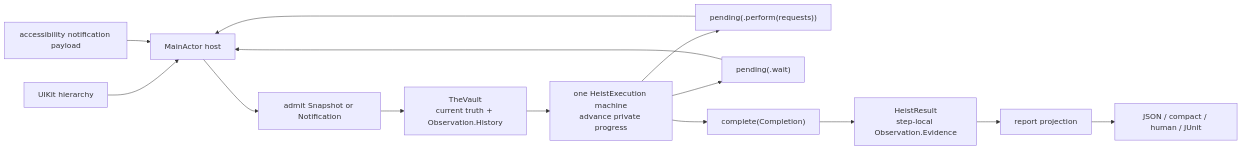
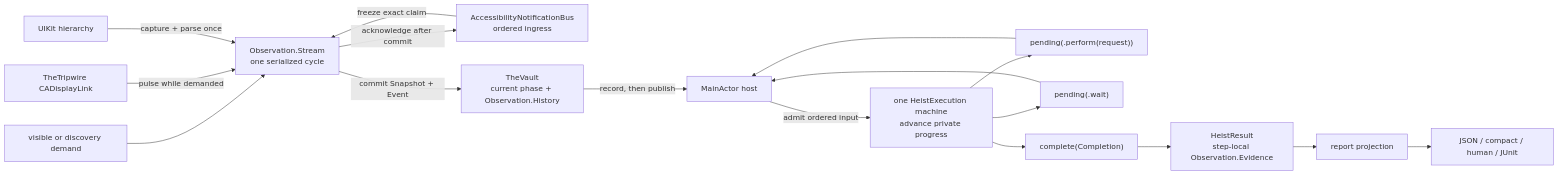
One commit to RoyalPineapple/TheButtonHeist changed the diagram in docs/diagrams/observation-pipeline.md. Above: the diagram before and after it, drawn with Mermaid. The commit also changed other lines of this file and 426 other files, not shown here.

First line of the commit message:
Unify pulse-driven observation and algebraic heist execution (#1407)

````diff
--- a/docs/diagrams/observation-pipeline.md
+++ b/docs/diagrams/observation-pipeline.md
@@ -9,16 +9,19 @@
 ```mermaid
 flowchart LR
-    UIKit["UIKit hierarchy"] --> Host["MainActor host"]
-    Notice["accessibility notification payload"] --> Host
-    Host --> Admit["admit Snapshot or Notification"]
-    Admit --> Vault["TheVault<br/>current truth + Observation.History"]
-    Vault --> Machine["one HeistExecution machine<br/>advance private progress"]
-    Machine --> Perform["pending(.perform(requests))"]
+    Demand["visible or discovery demand"] --> Stream["Observation.Stream<br/>one serialized cycle"]
+    Link["TheTripwire CADisplayLink"] -->|"pulse while demanded"| Stream
+    Notice["AccessibilityNotificationBus<br/>ordered ingress"] -->|"freeze exact claim"| Stream
+    UIKit["UIKit hierarchy"] -->|"capture + parse once"| Stream
+    Stream -->|"commit Snapshot + Event"| Vault["TheVault<br/>current phase + Observation.History"]
+    Vault -->|"record, then publish"| Host["MainActor host"]
+    Host -->|"admit ordered input"| Machine["one HeistExecution machine<br/>advance private progress"]
+    Machine --> Perform["pending(.perform(request))"]
     Machine --> Wait["pending(.wait)"]
     Machine --> Complete["complete(Completion)"]
     Perform --> Host
     Wait --> Host
     Complete --> Result["HeistResult<br/>step-local Observation.Evidence"]
     Result --> Report["report projection"]
     Report --> Render["JSON / compact / human / JUnit"]
+    Stream -->|"acknowledge after commit"| Notice
 ```
````
